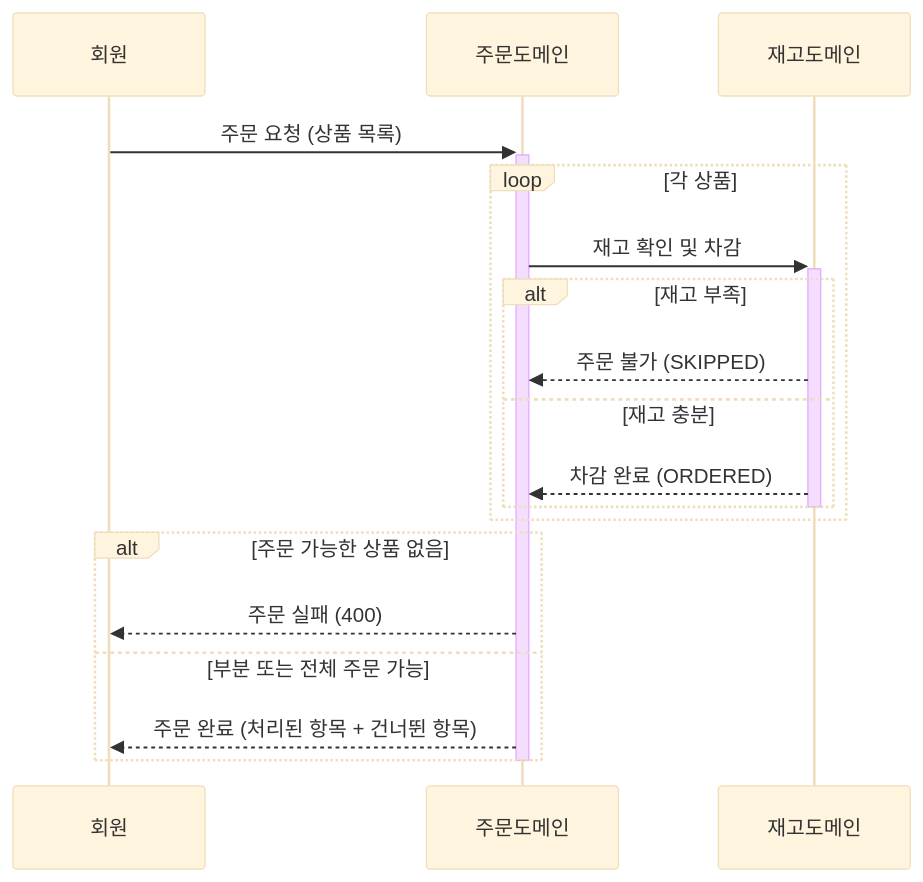
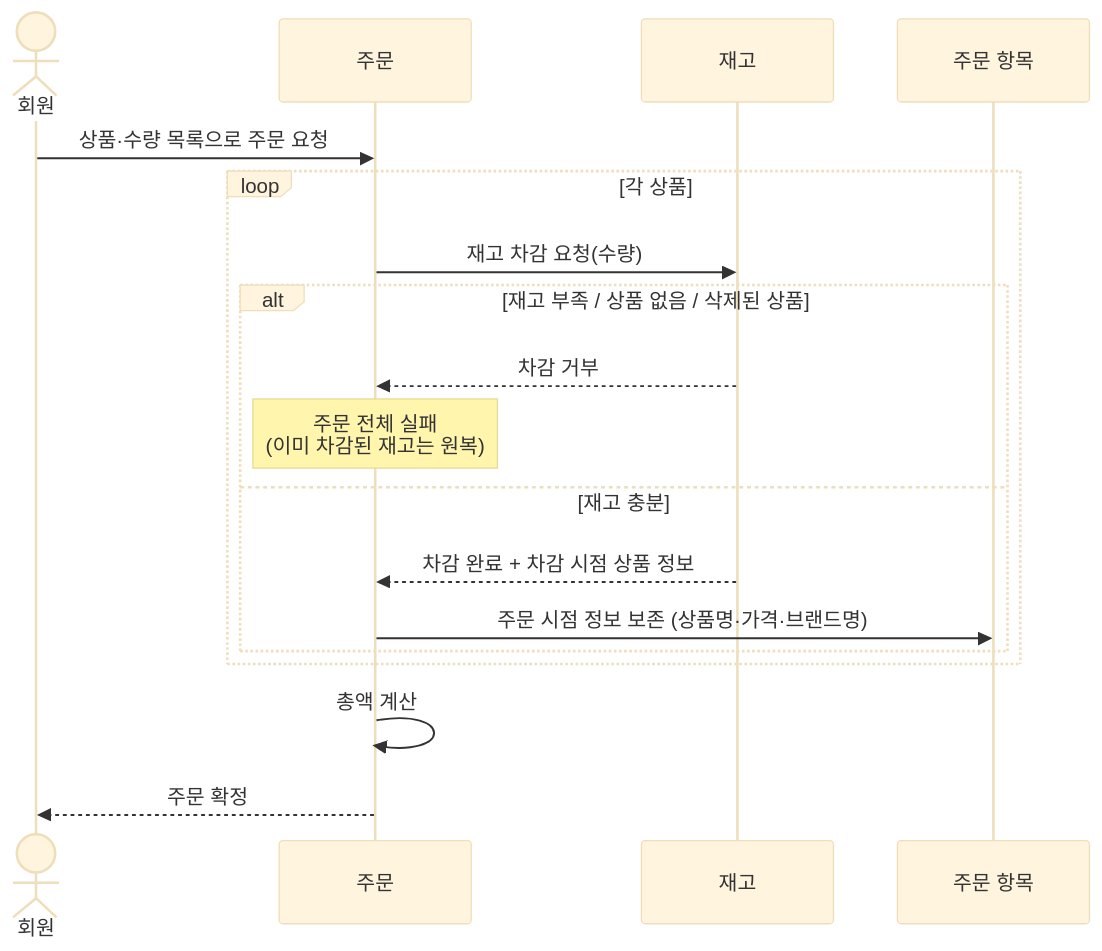
One commit to loopers-labs/loop-pack-be-l2-vol4-java changed the fifth of 6 diagrams in docs/week2/02-sequence-diagrams.md. Above: the diagram before and after it, drawn with Mermaid (base theme). The commit also changed other lines of this file and 1 other file, not shown here.

````diff
--- a/docs/week2/02-sequence-diagrams.md
+++ b/docs/week2/02-sequence-diagrams.md
@@ -126,23 +193,21 @@
 ```mermaid
 sequenceDiagram
-    participant 회원
-    participant 주문도메인
-    participant 재고도메인
+    actor M as 회원
+    participant O as 주문
+    participant S as 재고
+    participant OI as 주문 항목
 
-    회원->>+주문도메인: 주문 요청 (상품 목록)
+    M->>O: 상품·수량 목록으로 주문 요청
     loop 각 상품
-        주문도메인->>+재고도메인: 재고 확인 및 차감
-        alt 재고 부족
-            재고도메인-->>주문도메인: 주문 불가 (SKIPPED)
+        O->>S: 재고 차감 요청(수량)
+        alt 재고 부족 / 상품 없음 / 삭제된 상품
+            S-->>O: 차감 거부
+            Note over O: 주문 전체 실패<br/>(이미 차감된 재고는 원복)
         else 재고 충분
-            재고도메인-->>주문도메인: 차감 완료 (ORDERED)
+            S-->>O: 차감 완료 + 차감 시점 상품 정보
+            O->>OI: 주문 시점 정보 보존 (상품명·가격·브랜드명)
         end
-        deactivate 재고도메인
     end
-    alt 주문 가능한 상품 없음
-        주문도메인-->>회원: 주문 실패 (400)
-    else 부분 또는 전체 주문 가능
-        주문도메인-->>회원: 주문 완료 (처리된 항목 + 건너뛴 항목)
-    end
-    deactivate 주문도메인
+    O->>O: 총액 계산
+    O-->>M: 주문 확정
 ```
````
